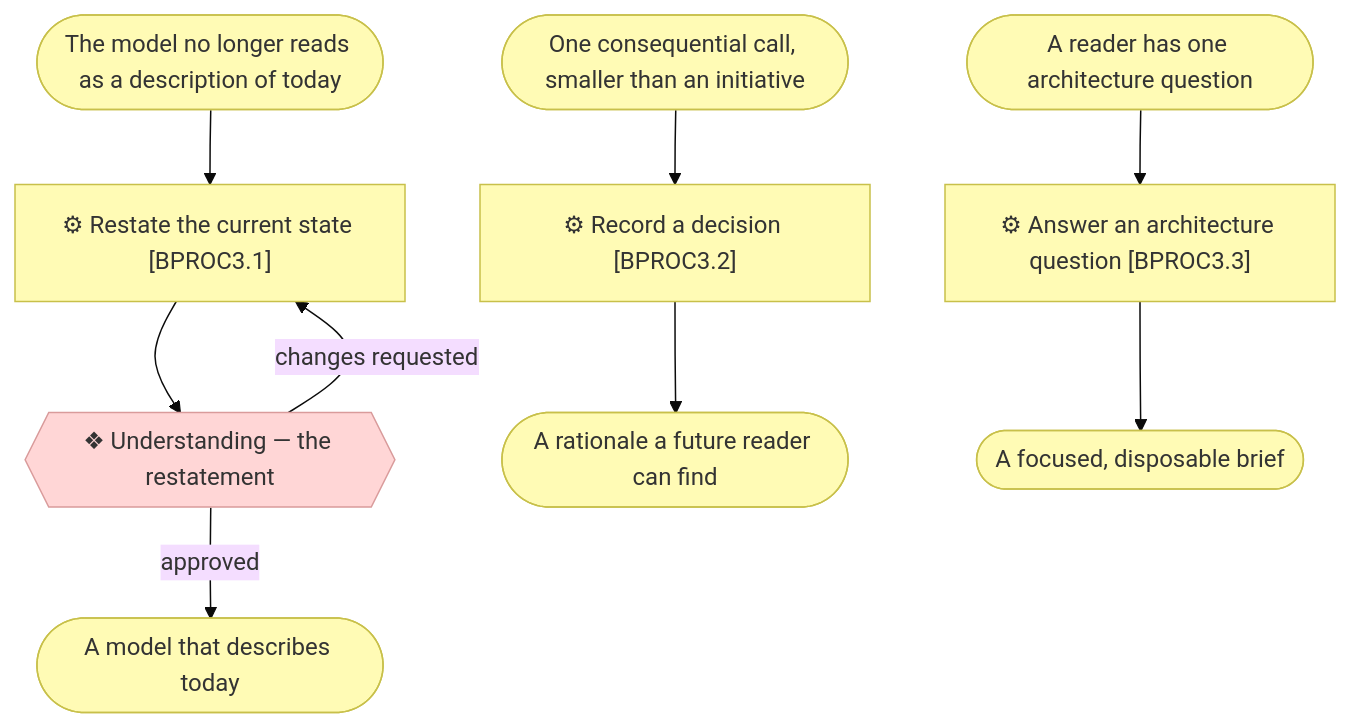
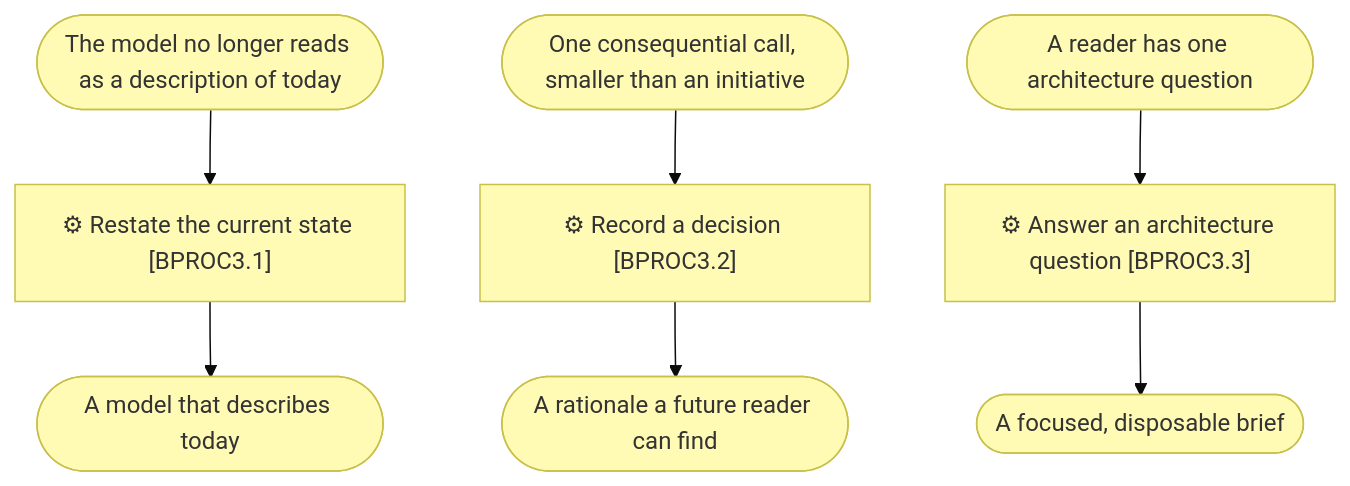
The fourth of 5 diagrams in docs/process/1_level-1-macro-processes.md (roanboc/archreator), drawn with Mermaid (base theme) before and after one commit. The commit also changed other lines of this file and 49 other files, not shown here.

````diff
--- a/docs/process/1_level-1-macro-processes.md
+++ b/docs/process/1_level-1-macro-processes.md
@@ -131,23 +110,19 @@
 ```mermaid
 flowchart TD
   drift(["The model no longer reads as a description of today"])
   onecall(["One consequential call, smaller than an initiative"])
   question(["A reader has one architecture question"])
   p31["⚙ Restate the current state [BPROC3.1]"]
-  g2b{{"❖ Understanding — the restatement"}}
   p32["⚙ Record a decision [BPROC3.2]"]
   p33["⚙ Answer an architecture question [BPROC3.3]"]
   back(["A model that describes today"])
   rec(["A rationale a future reader can find"])
   brief(["A focused, disposable brief"])
 
-  drift --> p31 --> g2b -->|approved| back
-  g2b -->|changes requested| p31
+  drift --> p31 --> back
   onecall --> p32 --> rec
   question --> p33 --> brief
 
   classDef business fill:#fffbb5,stroke:#c8c04a,color:#333
-  classDef implementation fill:#ffd6d6,stroke:#d99b9b,color:#333
   class p31,p32,p33,drift,onecall,question,back,rec,brief business
-  class g2b implementation
 ```
````
